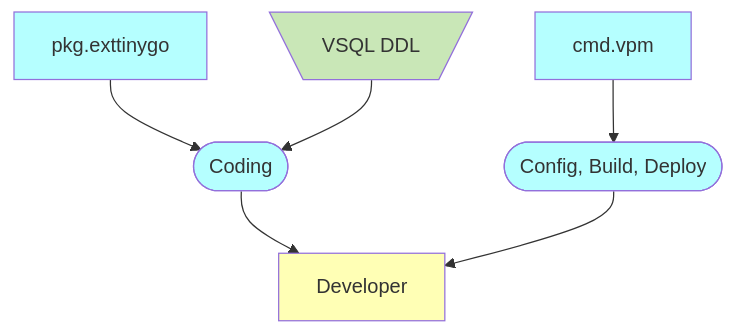
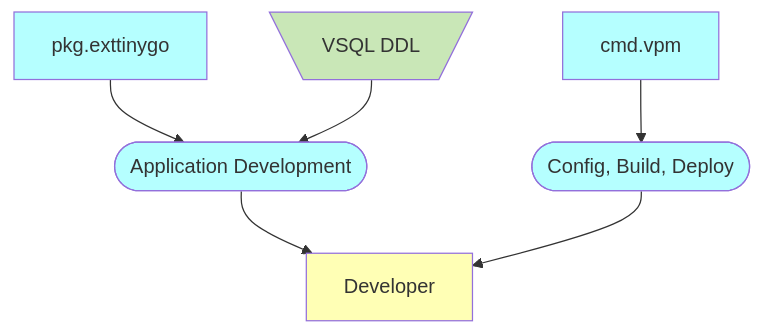
Before and after one commit to voedger/voedger-internals: the second of 2 diagrams in README.md, drawn with Mermaid. The commit also changed other lines of this file and 5 other files, not shown here.

````diff
--- a/README.md
+++ b/README.md
@@ -71,30 +71,30 @@
 ```mermaid
     graph TD
 
     %% Entities ====================
 
     Developer[Developer]:::B
 
     vsqlddl[\VSQL DDL/]:::H  
     pkg.exttinygo:::S
     cmd.vpm:::S
 
     CBD([Config, Build, Deploy]):::S
-    Coding([Coding]):::S
+    Coding([Application Development]):::S
 
 
     %% Relations ====================
 
     pkg.exttinygo --> Coding
     vsqlddl --> Coding
     
     cmd.vpm --> CBD
 
     Coding --> Developer
     CBD --> Developer
 
     classDef B fill:#FFFFB5,color:#333
     classDef S fill:#B5FFFF,color:#333
     classDef H fill:#C9E7B7,color:#333
     classDef G fill:#ffffff15, stroke:#999, stroke-width:2px, stroke-dasharray: 5 5
 ```
````
